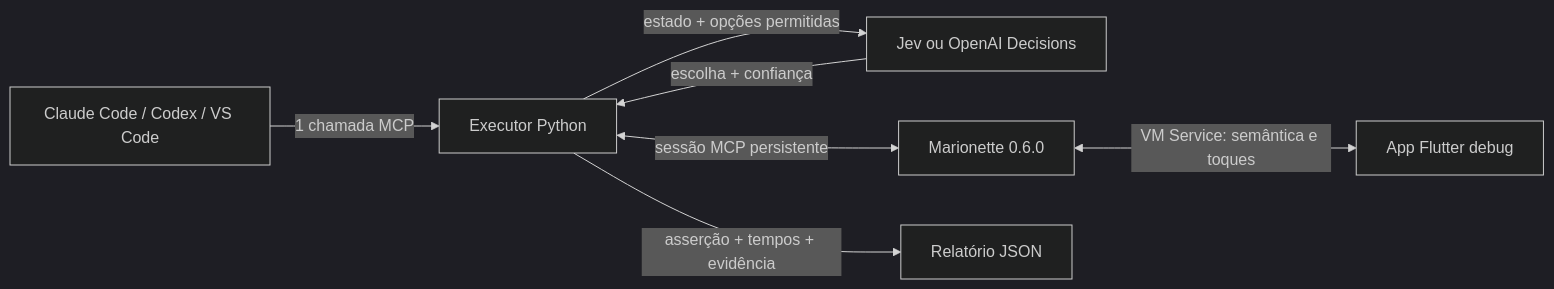
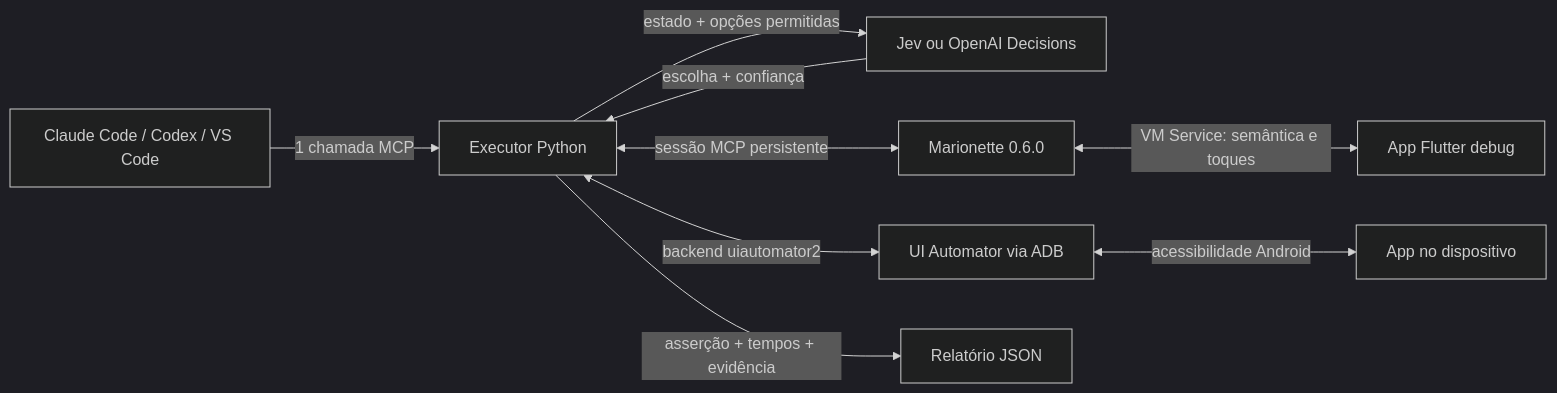
One commit to lucasgm1997/automation_with_llm_and_jev changed the diagram in README.md. Above: the diagram before and after it, drawn with Mermaid (dark theme). The commit also changed other lines of this file and 19 other files, not shown here.

First line of the commit message:
feat: add support for UI Automator backend and ADB configuration

````diff
--- a/README.md
+++ b/README.md
@@ -12,9 +12,11 @@
 ```mermaid
 flowchart LR
     Agent[Claude Code / Codex / VS Code] -->|1 chamada MCP| Runner[Executor Python]
     Runner -->|estado + opções permitidas| Policy[Jev ou OpenAI Decisions]
     Policy -->|escolha + confiança| Runner
     Runner <-->|sessão MCP persistente| Marionette[Marionette 0.6.0]
     Marionette <-->|VM Service: semântica e toques| Flutter[App Flutter debug]
+    Runner <-->|backend uiautomator2| Android[UI Automator via ADB]
+    Android <-->|acessibilidade Android| App[App no dispositivo]
     Runner -->|asserção + tempos + evidência| Report[Relatório JSON]
 ```
````
